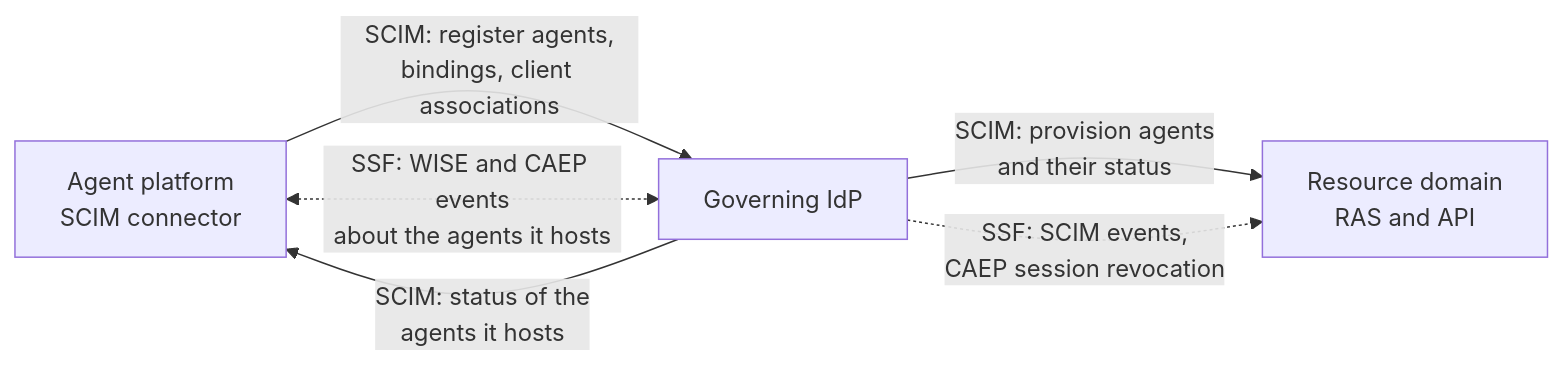
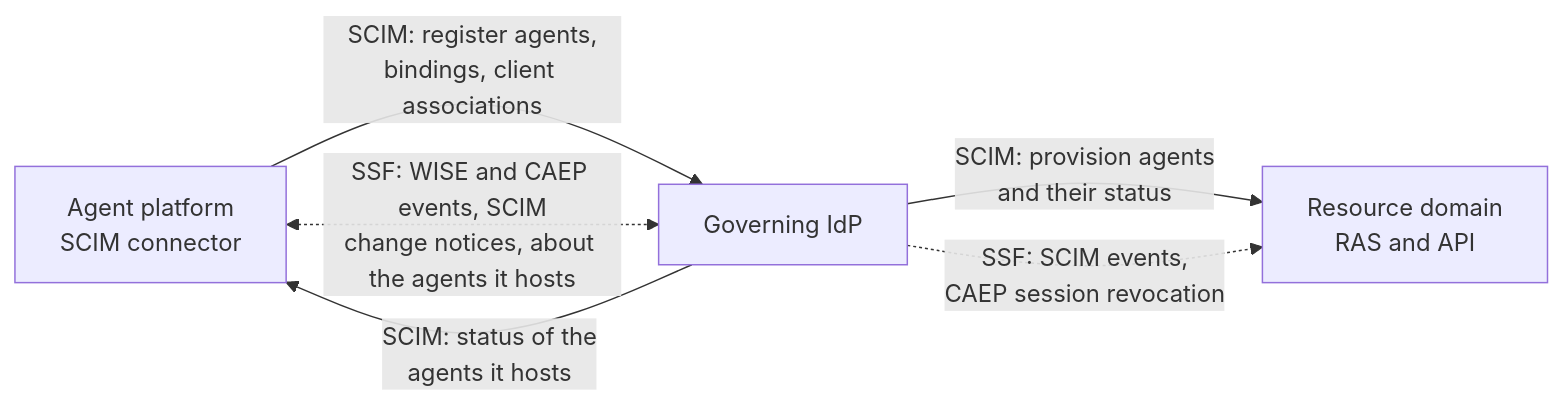
The second of 2 diagrams in README.md (mcguinness/agent-principal-profiles), drawn with Mermaid before and after one commit. The commit also changed other lines of this file, not shown here.

````diff
--- a/README.md
+++ b/README.md
@@ -49,11 +49,11 @@
 ```mermaid
 flowchart LR
   platform["Agent platform<br/>SCIM connector"]
   idp["Governing IdP"]
   domain["Resource domain<br/>RAS and API"]
   platform -->|"SCIM: register agents,<br/>bindings, client associations"| idp
   idp -->|"SCIM: status of the<br/>agents it hosts"| platform
-  platform <-.->|"SSF: WISE and CAEP events<br/>about the agents it hosts"| idp
+  platform <-.->|"SSF: WISE and CAEP events, SCIM<br/>change notices, about the agents it hosts"| idp
   idp -->|"SCIM: provision agents<br/>and their status"| domain
   idp -.->|"SSF: SCIM events,<br/>CAEP session revocation"| domain
 ```
````
